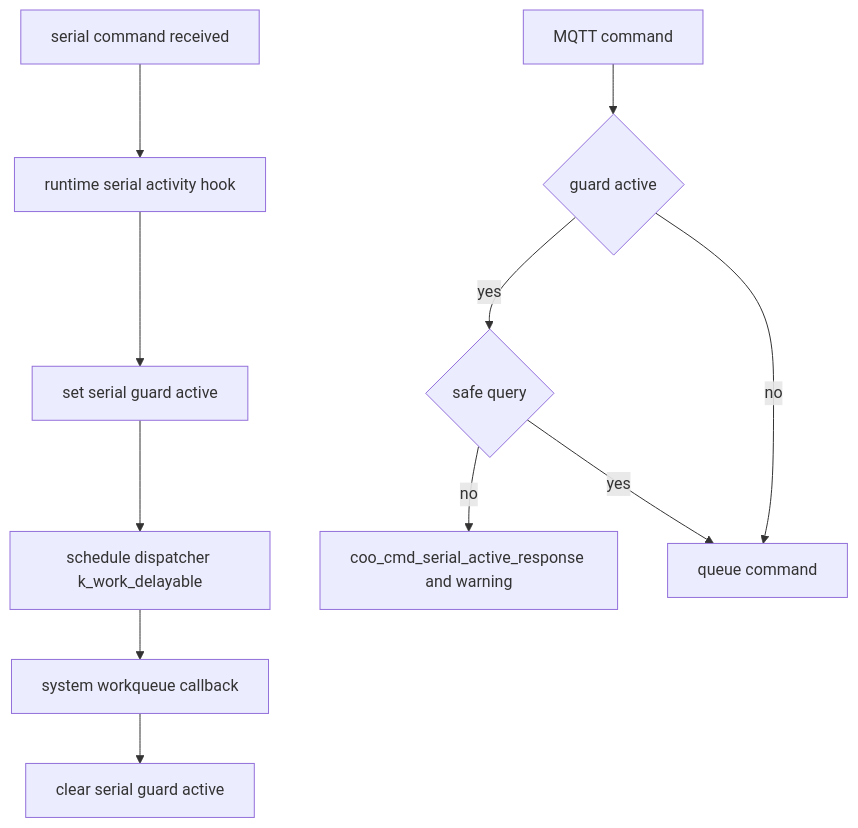
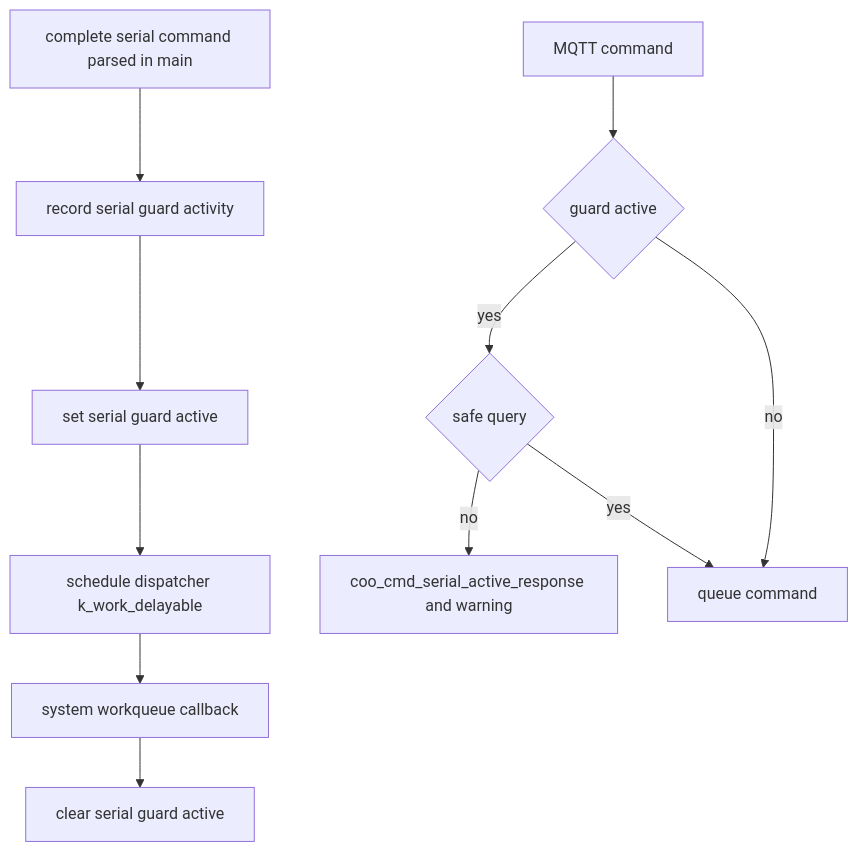
Before and after one commit to COO-Utilities/hispec-tib: the eighth of 25 diagrams in doc/diagrams.md, drawn with Mermaid. The commit also changed other lines of this file and 39 other files, not shown here.

Commit message:
Simplify command ownership and remove unused runtime hooks

````diff
--- a/doc/diagrams.md
+++ b/doc/diagrams.md
@@ -169,13 +185,13 @@
 ```mermaid
 flowchart TD
-  SerialLine[serial command received] --> Note[runtime serial activity hook]
+  SerialLine[complete serial command parsed in main] --> Note[record serial guard activity]
   Note --> Active[set serial guard active]
   Active --> Schedule[schedule dispatcher k_work_delayable]
   MQTTCommand[MQTT command] --> Check{guard active}
   Check -- yes --> Safe{safe query}
   Safe -- no --> Reject[coo_cmd_serial_active_response and warning]
   Safe -- yes --> Queue[queue command]
   Check -- no --> Queue
   Schedule --> Expire[system workqueue callback]
   Expire --> Clear[clear serial guard active]
 ```
````
